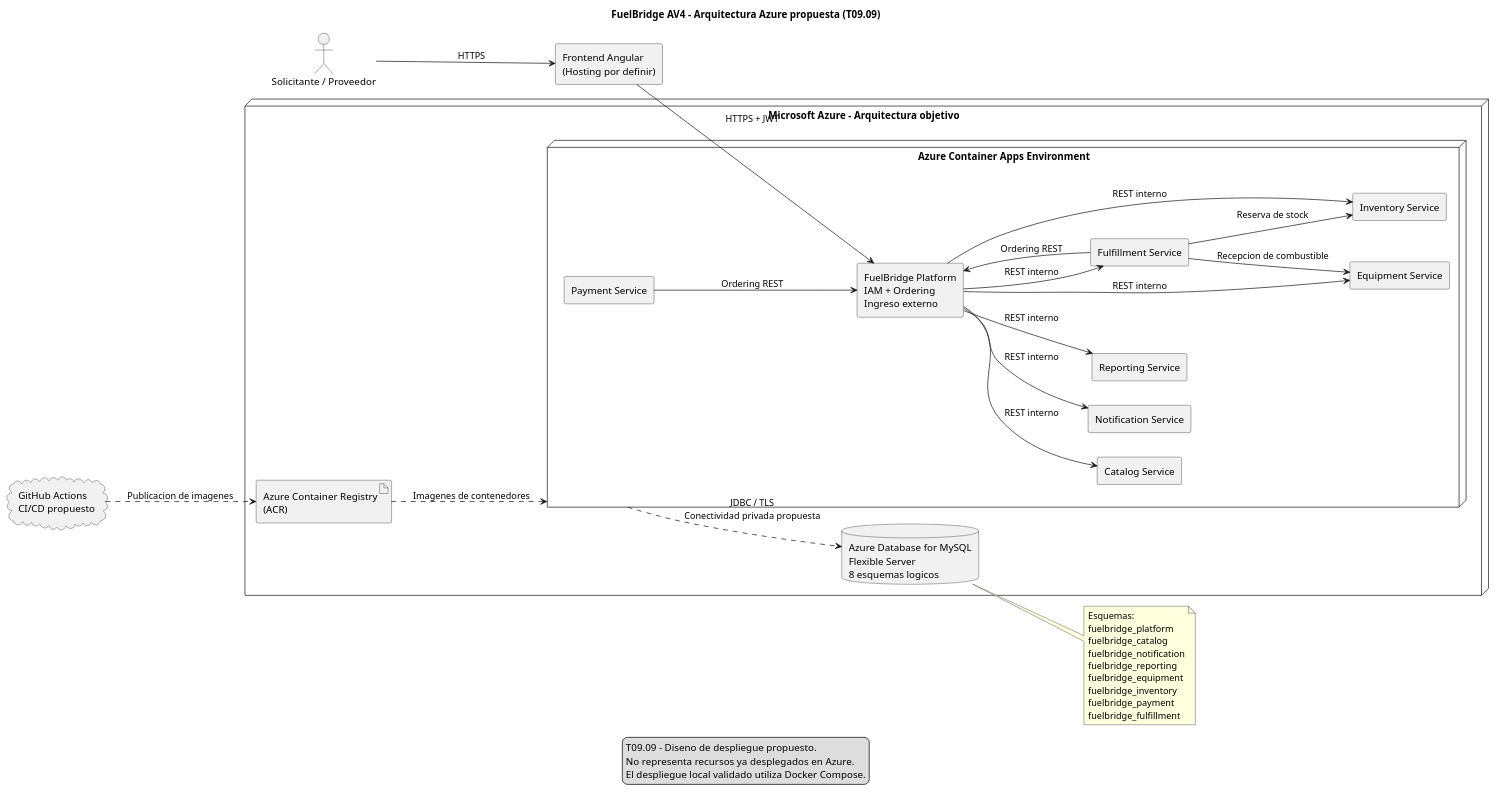
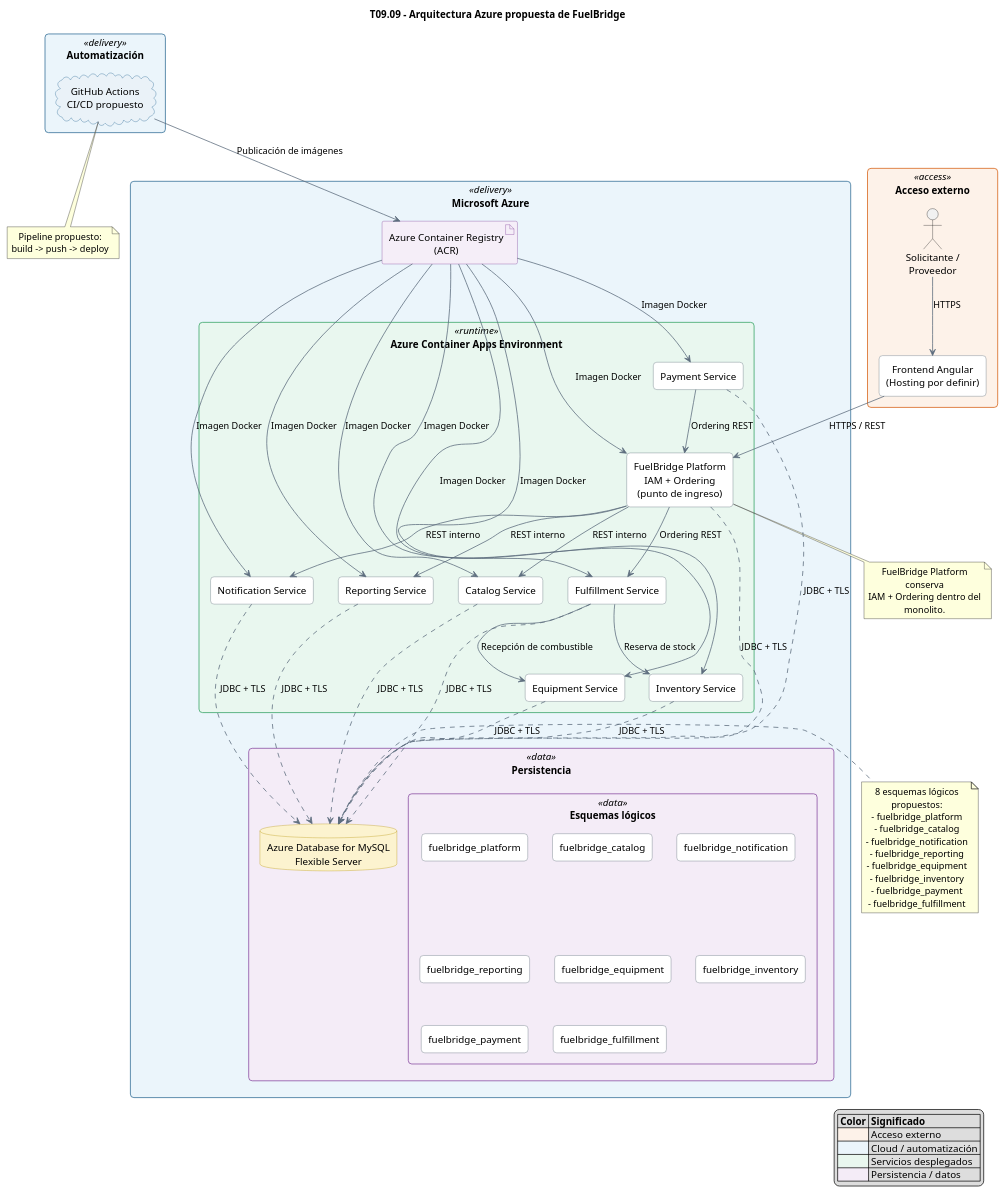
The diagram in docs/diagrams/fuelbridge-azure-deployment.puml (HaloFuel/FuelBrigde-Backend), drawn with PlantUML before and after one commit.

Commit message:
style(cloud): improve Azure deployment diagram layout and colors

```diff
--- a/docs/diagrams/fuelbridge-azure-deployment.puml
+++ b/docs/diagrams/fuelbridge-azure-deployment.puml
@@ -1,73 +1,155 @@
 @startuml fuelbridge_azure_deployment
-title FuelBridge AV4 - Arquitectura Azure propuesta (T09.09)
+title T09.09 - Arquitectura Azure propuesta de FuelBridge
 
-left to right direction
+top to bottom direction
+skinparam packageStyle rectangle
 skinparam shadowing false
-skinparam packageStyle rectangle
-skinparam componentStyle rectangle
+skinparam classAttributeIconSize 0
+skinparam defaultTextAlignment center
+skinparam wrapWidth 180
+skinparam ArrowColor #5D6D7E
+skinparam ArrowThickness 1.1
 
-actor "Solicitante / Proveedor" as User
+skinparam package {
+  BackgroundColor<<access>>     #FDF2E9
+  BackgroundColor<<delivery>>   #EBF5FB
+  BackgroundColor<<runtime>>    #E9F7EF
+  BackgroundColor<<data>>       #F4ECF7
 
-rectangle "Frontend Angular\n(Hosting por definir)" as Frontend
-
-cloud "GitHub Actions\nCI/CD propuesto" as CI
-
-node "Microsoft Azure - Arquitectura objetivo" {
-
-    artifact "Azure Container Registry\n(ACR)" as ACR
-
-    node "Azure Container Apps Environment" as ACA {
-
-        component "FuelBridge Platform\nIAM + Ordering\nIngreso externo" as Platform
-
-        component "Catalog Service" as Catalog
-        component "Notification Service" as Notification
-        component "Reporting Service" as Reporting
-        component "Equipment Service" as Equipment
-        component "Inventory Service" as Inventory
-        component "Payment Service" as Payment
-        component "Fulfillment Service" as Fulfillment
-    }
-
-    database "Azure Database for MySQL\nFlexible Server\n8 esquemas logicos" as MySQL
+  BorderColor<<access>>         #D35400
+  BorderColor<<delivery>>       #1F618D
+  BorderColor<<runtime>>        #239B56
+  BorderColor<<data>>           #7D3C98
 }
 
+skinparam rectangle {
+  BackgroundColor #FFFFFF
+  BorderColor #566573
+  RoundCorner 10
+}
+
+skinparam database {
+  BackgroundColor #FCF3CF
+  BorderColor #B7950B
+}
+
+skinparam artifact {
+  BackgroundColor #F5EEF8
+  BorderColor #7D3C98
+}
+
+skinparam cloud {
+  BackgroundColor #EAF2F8
+  BorderColor #1F618D
+}
+
+' =========================== ACCESO EXTERNO ===========================
+package "Acceso externo" <<access>> {
+  actor "Solicitante /\nProveedor" as User
+  rectangle "Frontend Angular\n(Hosting por definir)" as Frontend
+}
+
+' =========================== AUTOMATIZACIÓN ===========================
+package "Automatización" <<delivery>> {
+  cloud "GitHub Actions\nCI/CD propuesto" as CI
+}
+
+' =========================== MICROSOFT AZURE ===========================
+package "Microsoft Azure" <<delivery>> {
+
+  artifact "Azure Container Registry\n(ACR)" as ACR
+
+  package "Azure Container Apps Environment" <<runtime>> {
+    rectangle "FuelBridge Platform\nIAM + Ordering\n(punto de ingreso)" as Platform
+
+    rectangle "Catalog Service" as Catalog
+    rectangle "Notification Service" as Notification
+    rectangle "Reporting Service" as Reporting
+    rectangle "Equipment Service" as Equipment
+    rectangle "Inventory Service" as Inventory
+    rectangle "Payment Service" as Payment
+    rectangle "Fulfillment Service" as Fulfillment
+  }
+
+  package "Persistencia" <<data>> {
+    database "Azure Database for MySQL\nFlexible Server" as MySQL
+
+    package "Esquemas lógicos" <<data>> {
+      rectangle "fuelbridge_platform" as S1
+      rectangle "fuelbridge_catalog" as S2
+      rectangle "fuelbridge_notification" as S3
+      rectangle "fuelbridge_reporting" as S4
+      rectangle "fuelbridge_equipment" as S5
+      rectangle "fuelbridge_inventory" as S6
+      rectangle "fuelbridge_payment" as S7
+      rectangle "fuelbridge_fulfillment" as S8
+    }
+  }
+}
+
+' =========================== RELACIONES EXTERNAS ===========================
 User --> Frontend : HTTPS
-Frontend --> Platform : HTTPS + JWT
+Frontend --> Platform : HTTPS / REST
 
-CI ..> ACR : Publicacion de imagenes
-ACR ..> ACA : Imagenes de contenedores
+CI --> ACR : Publicación de imágenes
 
+' =========================== DESPLIEGUE ===========================
+ACR --> Platform : Imagen Docker
+ACR --> Catalog : Imagen Docker
+ACR --> Notification : Imagen Docker
+ACR --> Reporting : Imagen Docker
+ACR --> Equipment : Imagen Docker
+ACR --> Inventory : Imagen Docker
+ACR --> Payment : Imagen Docker
+ACR --> Fulfillment : Imagen Docker
+
+' =========================== COMUNICACIÓN INTERNA ===========================
+Payment --> Platform : Ordering REST
+Platform --> Fulfillment : Ordering REST
 Platform --> Catalog : REST interno
 Platform --> Notification : REST interno
 Platform --> Reporting : REST interno
-Platform --> Equipment : REST interno
-Platform --> Inventory : REST interno
-Platform --> Fulfillment : REST interno
+Fulfillment --> Inventory : Reserva de stock
+Fulfillment --> Equipment : Recepción de combustible
 
-Payment --> Platform : Ordering REST
-Fulfillment --> Platform : Ordering REST
-Fulfillment --> Inventory : Reserva de stock
-Fulfillment --> Equipment : Recepcion de combustible
-
-ACA ..> MySQL : JDBC / TLS\nConectividad privada propuesta
+' =========================== BASE DE DATOS ===========================
+Platform ..> MySQL : JDBC + TLS
+Catalog ..> MySQL : JDBC + TLS
+Notification ..> MySQL : JDBC + TLS
+Reporting ..> MySQL : JDBC + TLS
+Equipment ..> MySQL : JDBC + TLS
+Inventory ..> MySQL : JDBC + TLS
+Payment ..> MySQL : JDBC + TLS
+Fulfillment ..> MySQL : JDBC + TLS
 
 note right of MySQL
-  Esquemas:
-  fuelbridge_platform
-  fuelbridge_catalog
-  fuelbridge_notification
-  fuelbridge_reporting
-  fuelbridge_equipment
-  fuelbridge_inventory
-  fuelbridge_payment
-  fuelbridge_fulfillment
+8 esquemas lógicos propuestos:
+- fuelbridge_platform
+- fuelbridge_catalog
+- fuelbridge_notification
+- fuelbridge_reporting
+- fuelbridge_equipment
+- fuelbridge_inventory
+- fuelbridge_payment
+- fuelbridge_fulfillment
 end note
 
-legend bottom
-  T09.09 - Diseno de despliegue propuesto.
-  No representa recursos ya desplegados en Azure.
-  El despliegue local validado utiliza Docker Compose.
+note bottom of CI
+Pipeline propuesto:
+build -> push -> deploy
+end note
+
+note bottom of Platform
+FuelBridge Platform conserva
+IAM + Ordering dentro del monolito.
+end note
+
+legend right
+|= Color |= Significado |
+|<#FDF2E9>| Acceso externo |
+|<#EBF5FB>| Cloud / automatización |
+|<#E9F7EF>| Servicios desplegados |
+|<#F4ECF7>| Persistencia / datos |
 endlegend
 
 @enduml
```
